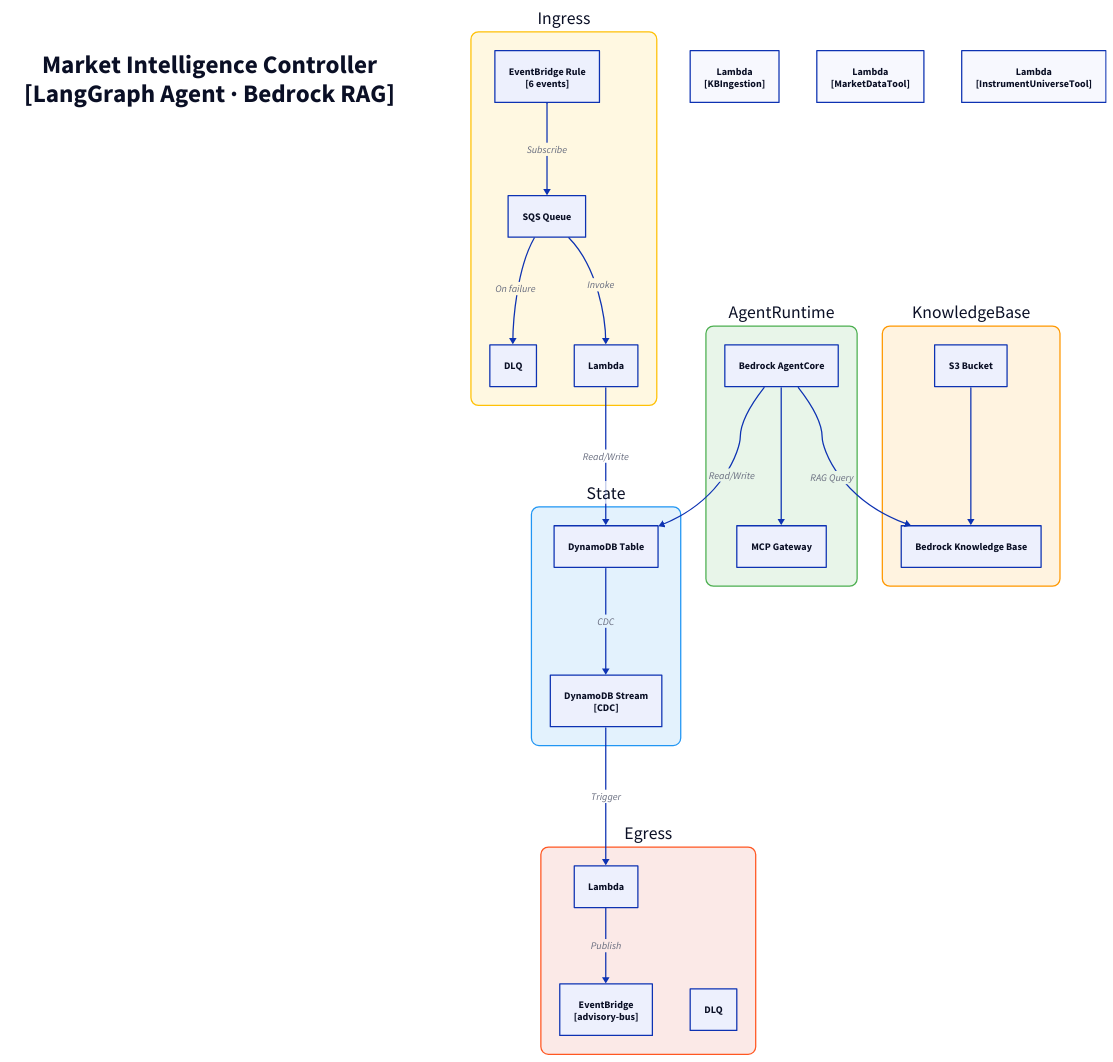
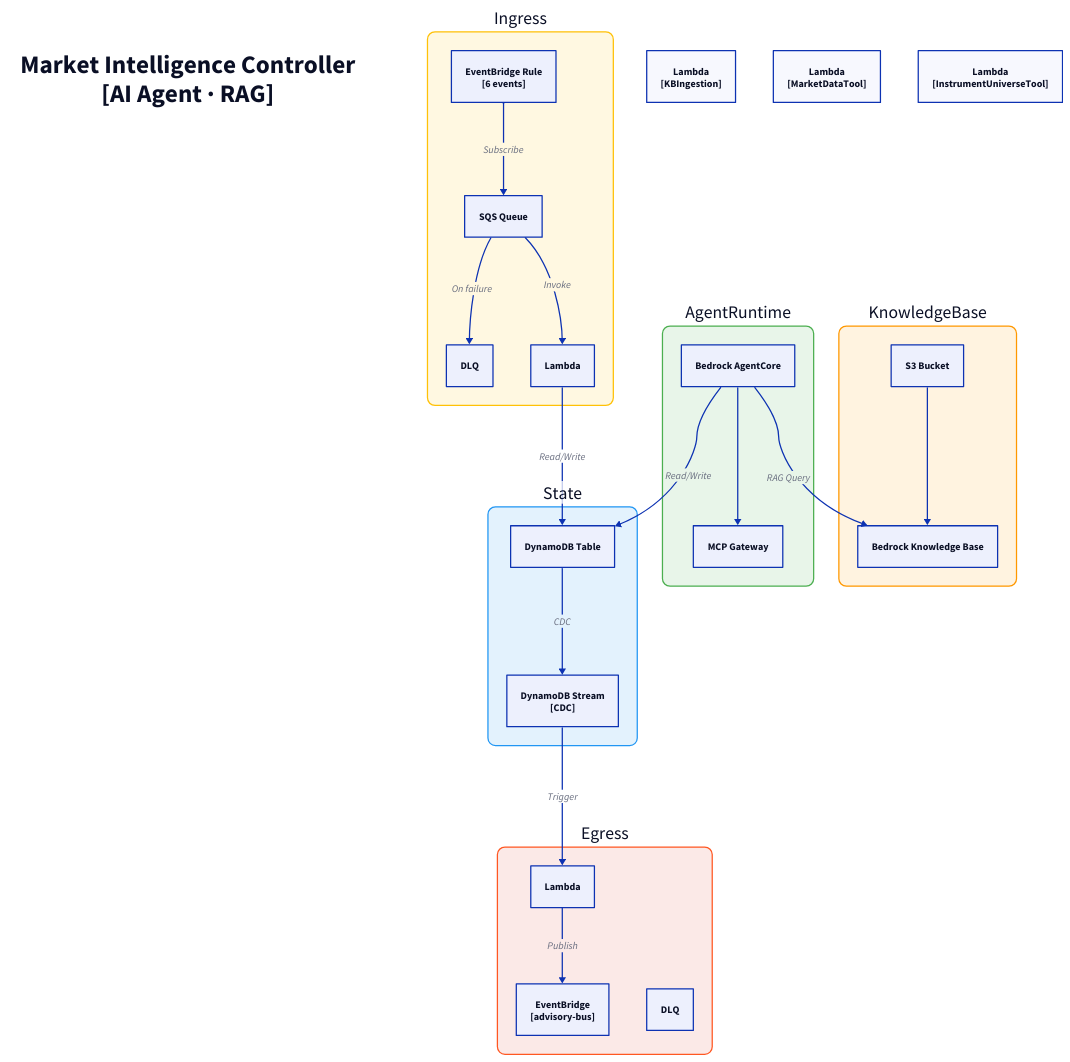
The diagram in docs/architecture/c3/market-intelligence-ctrl.d2 (fabio-vitali/nestfolio), drawn with D2 before and after one commit. The commit also changed 32 other files, not shown here.

Commit message:
fix: c4 diagram fixes

```diff
--- a/docs/architecture/c3/market-intelligence-ctrl.d2
+++ b/docs/architecture/c3/market-intelligence-ctrl.d2
@@ -1,57 +1,57 @@
 direction: down
 
-title: "Market Intelligence Controller\n[LangGraph Agent · Bedrock RAG]" {
+title: "Market Intelligence Controller\n[AI Agent · RAG]" {
   style: { font-size: 40; bold: true; fill: transparent; stroke: transparent }
 }
 
 ingress: "Ingress" {
   style: { fill: "#FFF8E1"; stroke: "#FFC107"; border-radius: 12; font-size: 28 }
   rule: "EventBridge Rule\n[6 events]" { class: aws-eventbridge }
   sqs: "SQS Queue" { class: aws-sqs }
   dlq: "DLQ" { class: aws-dlq }
   handler: "Lambda" { class: aws-lambda }
 
   rule -> sqs: Subscribe
   sqs -> handler: Invoke
   sqs -> dlq: On failure
 }
 
 state: "State" {
   style: { fill: "#E3F2FD"; stroke: "#2196F3"; border-radius: 12; font-size: 28 }
   table: "DynamoDB Table" { class: aws-dynamodb }
   stream: "DynamoDB Stream\n[CDC]" { class: aws-ddb-stream }
   table -> stream: CDC
 }
 
 egress: "Egress" {
   style: { fill: "#FBE9E7"; stroke: "#FF5722"; border-radius: 12; font-size: 28 }
   processor: "Lambda" { class: aws-lambda }
   bus: "EventBridge\n[advisory-bus]" { class: aws-eventbridge }
   dlq: "DLQ" { class: aws-dlq }
 
   processor -> bus: Publish
 }
 
 agent-runtime: "AgentRuntime" {
   style: { fill: "#E8F5E9"; stroke: "#4CAF50"; border-radius: 12; font-size: 28 }
   runtime: "Bedrock AgentCore" { class: aws-bedrock }
   gateway: "MCP Gateway" { class: aws-lambda }
   runtime -> gateway
 }
 
 knowledge-base: "KnowledgeBase" {
   style: { fill: "#FFF3E0"; stroke: "#FF9800"; border-radius: 12; font-size: 28 }
   kb: "Bedrock Knowledge Base" { class: aws-bedrock }
   s3: "S3 Bucket" { class: aws-s3 }
   s3 -> kb
 }
 
 kbingestion: "Lambda\n[KBIngestion]" { class: aws-lambda }
 market-data-tool: "Lambda\n[MarketDataTool]" { class: aws-lambda }
 instrument-universe-tool: "Lambda\n[InstrumentUniverseTool]" { class: aws-lambda }
 
 # Flows
 ingress.handler -> state.table: Read/Write
 state.stream -> egress.processor: Trigger
 agent-runtime.runtime -> knowledge-base.kb: RAG Query
 agent-runtime.runtime -> state.table: Read/Write
```
